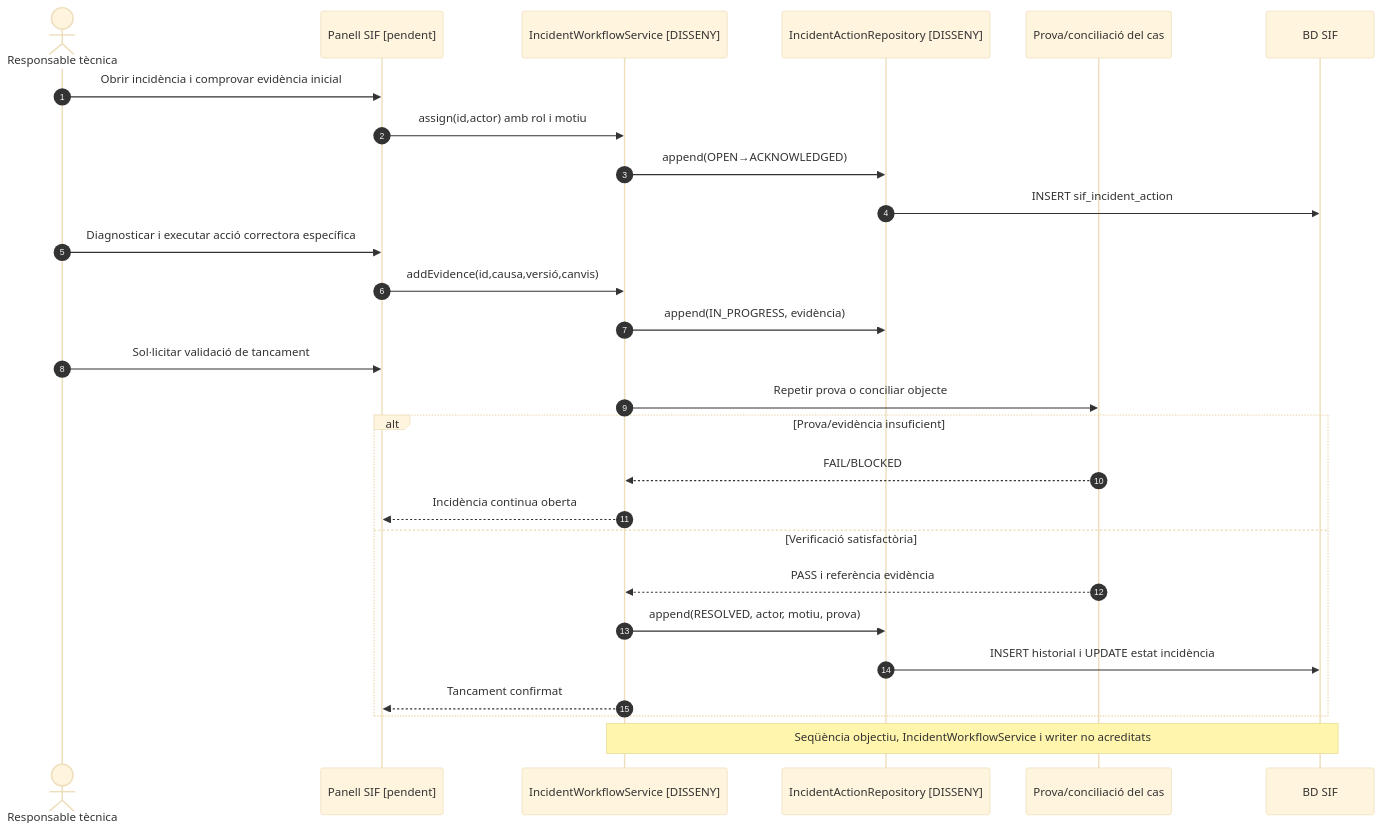
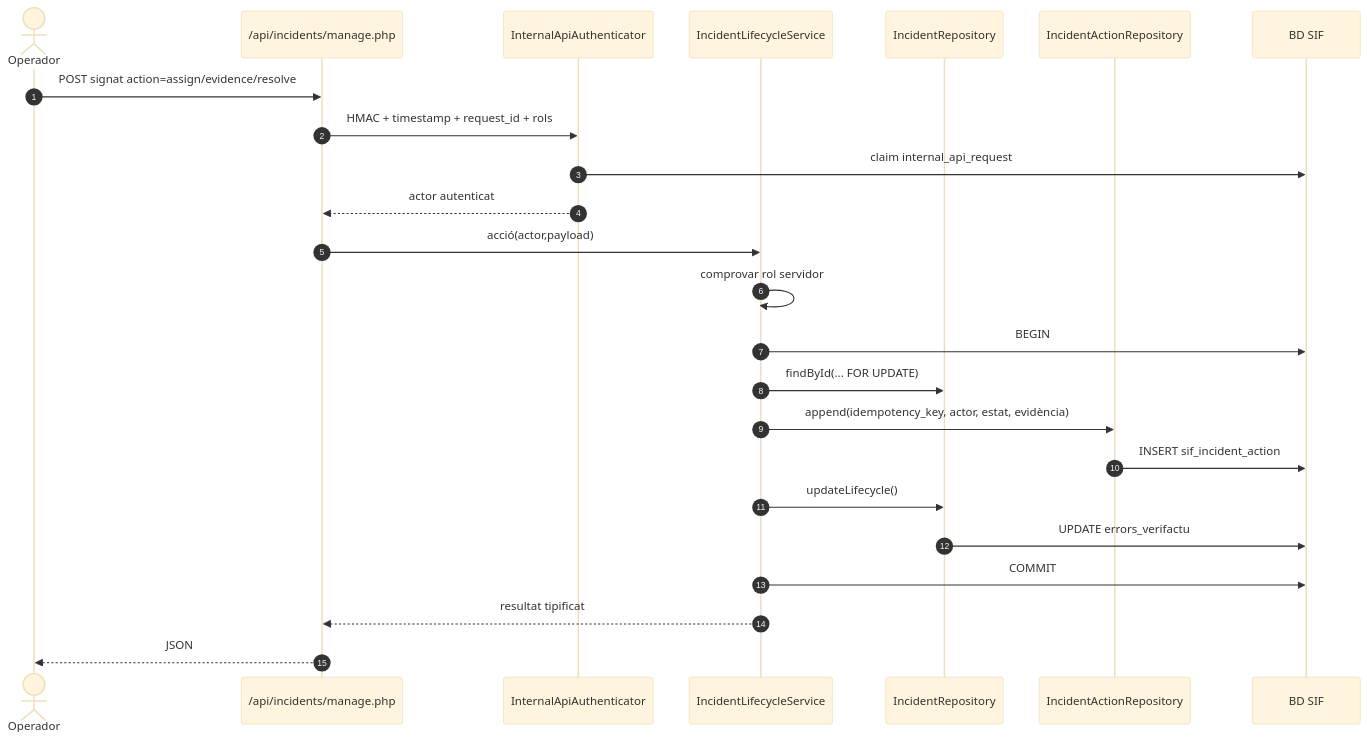
One commit to orgmeriemprismacat-del/verifactu changed the fifth of 23 diagrams in documentacio/07-uml-integrat/uc-008-gestionar-incidencia-sif.md. Above: the diagram before and after it, drawn with Mermaid (base theme). The commit also changed other lines of this file and 18 other files, not shown here.

````diff
--- a/documentacio/07-uml-integrat/uc-008-gestionar-incidencia-sif.md
+++ b/documentacio/07-uml-integrat/uc-008-gestionar-incidencia-sif.md
@@ -180,29 +321,27 @@
-```mermaid
+~~~mermaid
 sequenceDiagram
 autonumber
-actor T as Responsable tècnica
-participant UI as Panell SIF [pendent]
-participant W as IncidentWorkflowService [DISSENY]
-participant A as IncidentActionRepository [DISSENY]
-participant Test as Prova/conciliació del cas
+actor O as Operador
+participant API as /api/incidents/manage.php
+participant H as InternalApiAuthenticator
+participant S as IncidentLifecycleService
+participant I as IncidentRepository
+participant A as IncidentActionRepository
 participant DB as BD SIF
-T->>UI: Obrir incidència i comprovar evidència inicial
-UI->>W: assign(id,actor) amb rol i motiu
-W->>A: append(OPEN→ACKNOWLEDGED)
+
+O->>API: POST signat action=assign/evidence/resolve
+API->>H: HMAC + timestamp + request_id + rols
+H->>DB: claim internal_api_request
+H-->>API: actor autenticat
+API->>S: acció(actor,payload)
+S->>S: comprovar rol servidor
+S->>DB: BEGIN
+S->>I: findById(... FOR UPDATE)
+S->>A: append(idempotency_key, actor, estat, evidència)
 A->>DB: INSERT sif_incident_action
-T->>UI: Diagnosticar i executar acció correctora específica
-UI->>W: addEvidence(id,causa,versió,canvis)
-W->>A: append(IN_PROGRESS, evidència)
-T->>UI: Sol·licitar validació de tancament
-W->>Test: Repetir prova o conciliar objecte
-alt Prova/evidència insuficient
- Test-->>W: FAIL/BLOCKED
- W-->>UI: Incidència continua oberta
-else Verificació satisfactòria
- Test-->>W: PASS i referència evidència
- W->>A: append(RESOLVED, actor, motiu, prova)
- A->>DB: INSERT historial i UPDATE estat incidència
- W-->>UI: Tancament confirmat
-end
-Note over W,DB: Seqüència objectiu, IncidentWorkflowService i writer no acreditats
-```
+S->>I: updateLifecycle()
+I->>DB: UPDATE errors_verifactu
+S->>DB: COMMIT
+S-->>API: resultat tipificat
+API-->>O: JSON
+~~~
````
